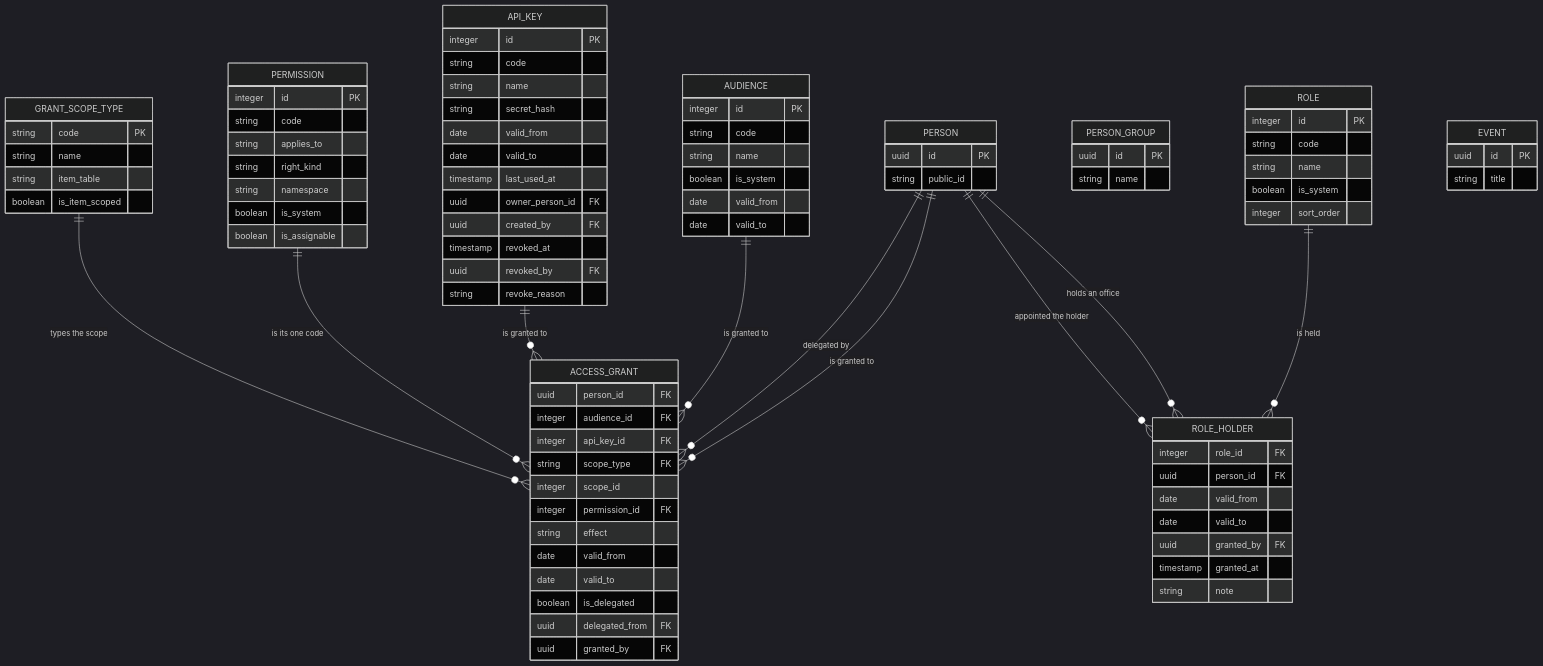
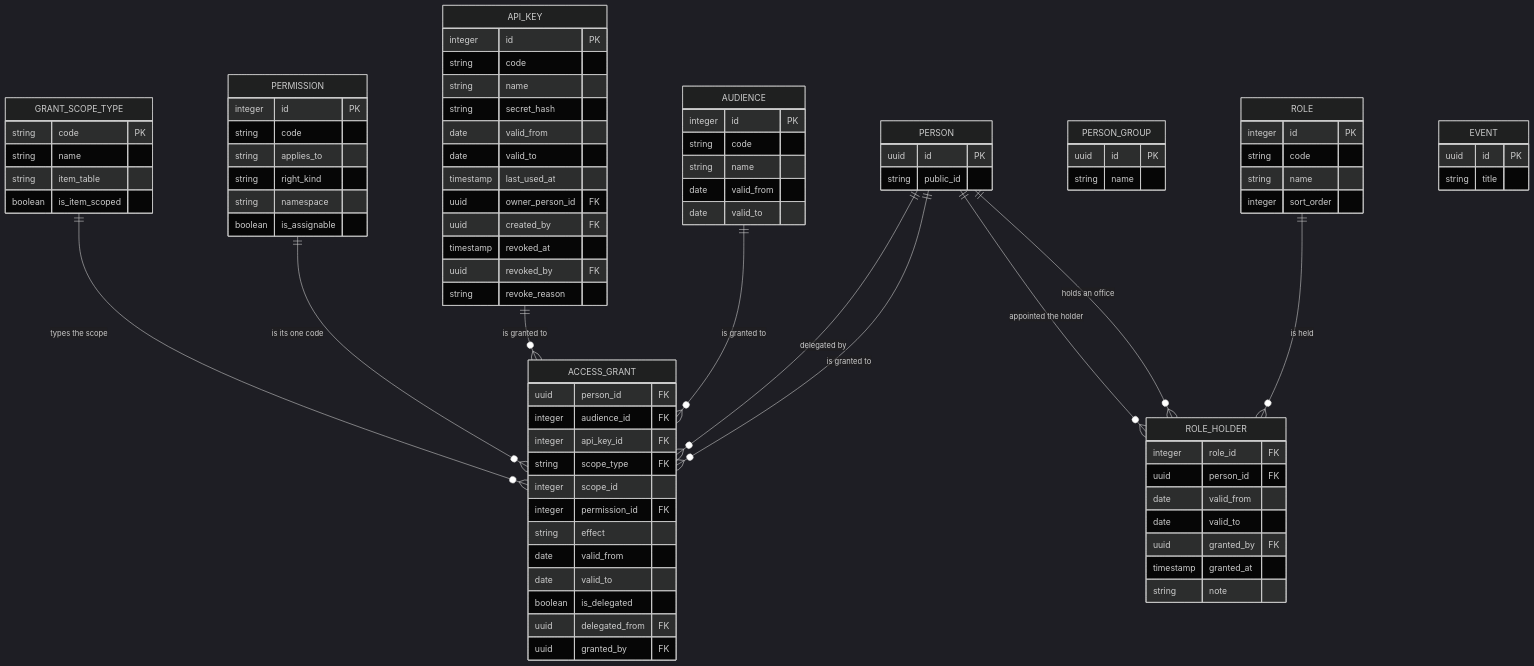
One commit to azduha/taborak-specification changed the first of 2 diagrams in docs/appendix/erd-a-authorization.md. Above: the diagram before and after it, drawn with Mermaid (dark theme). The commit also changed other lines of this file and 38 other files, not shown here.

```diff
--- a/docs/appendix/erd-a-authorization.md
+++ b/docs/appendix/erd-a-authorization.md
@@ -233,14 +239,12 @@
         string applies_to
         string right_kind
         string namespace
-        boolean is_system
         boolean is_assignable
     }
     ROLE {
         integer id PK
         string code
         string name
-        boolean is_system
         integer sort_order
     }
     ROLE_HOLDER {
@@ -276,7 +280,6 @@
         integer id PK
         string code
         string name
-        boolean is_system
         date valid_from
         date valid_to
     }
```
